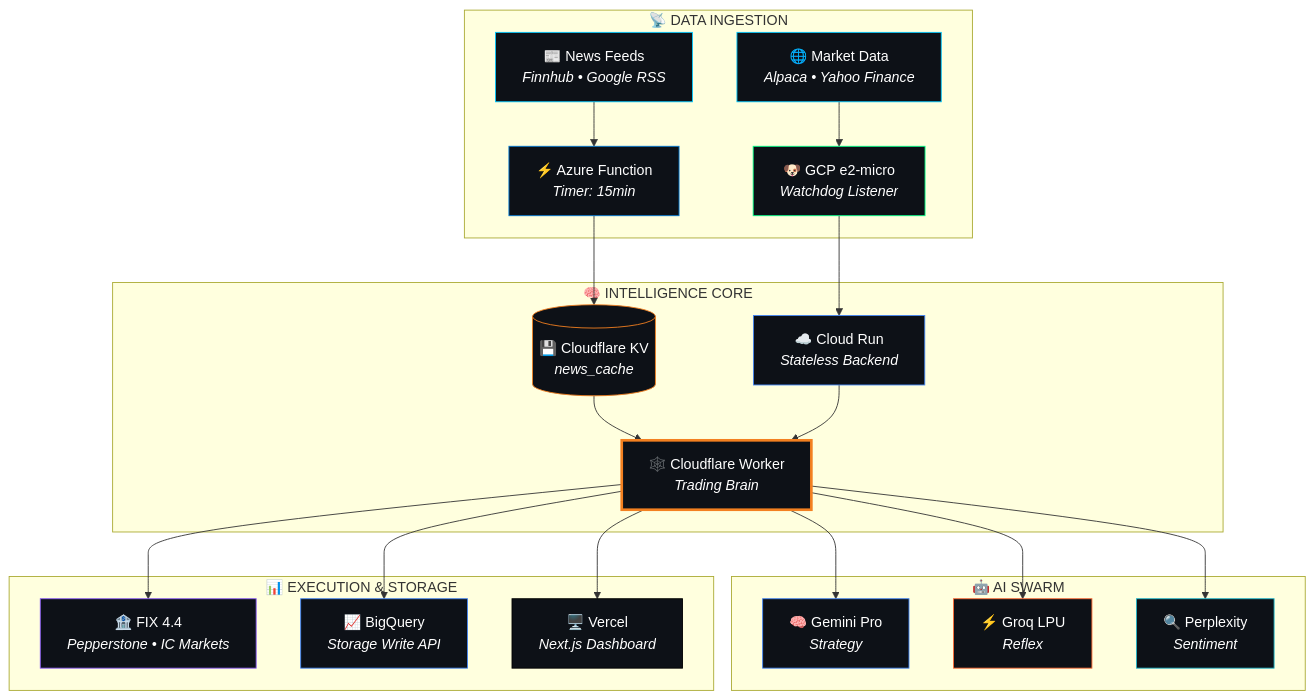
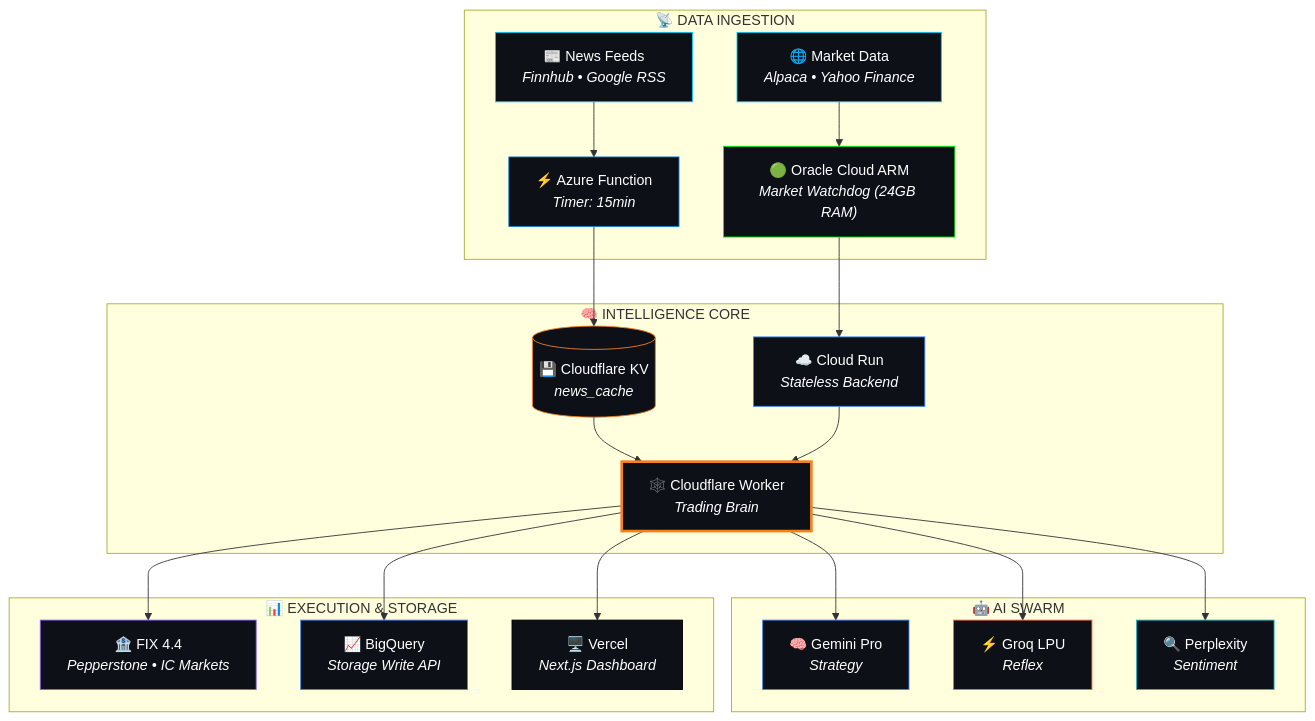
Before and after one commit to Moeabdelaziz007/AlphaAxiom: the diagram in README.md, drawn with Mermaid. The commit also changed other lines of this file and 1 other file, not shown here.

````diff
--- a/README.md
+++ b/README.md
@@ -65,40 +65,40 @@
 ```mermaid
 graph TD
     subgraph "📡 DATA INGESTION"
-        A["🌐 Market Data<br/><i>Alpaca • Yahoo Finance</i>"] --> B["🐶 GCP e2-micro<br/><i>Watchdog Listener</i>"]
+        A["🌐 Market Data<br/><i>Alpaca • Yahoo Finance</i>"] --> B["🟢 Oracle Cloud ARM<br/><i>Market Watchdog (24GB RAM)</i>"]
         C["📰 News Feeds<br/><i>Finnhub • Google RSS</i>"] --> D["⚡ Azure Function<br/><i>Timer: 15min</i>"]
     end
 
     subgraph "🧠 INTELLIGENCE CORE"
         B --> E["☁️ Cloud Run<br/><i>Stateless Backend</i>"]
         D --> F[("💾 Cloudflare KV<br/><i>news_cache</i>")]
         F --> G
         E --> G["🕸️ Cloudflare Worker<br/><i>Trading Brain</i>"]
     end
 
     subgraph "🤖 AI SWARM"
         G --> H["🧠 Gemini Pro<br/><i>Strategy</i>"]
         G --> I["⚡ Groq LPU<br/><i>Reflex</i>"]
         G --> J["🔍 Perplexity<br/><i>Sentiment</i>"]
     end
 
     subgraph "📊 EXECUTION & STORAGE"
         G --> K["🏦 FIX 4.4<br/><i>Pepperstone • IC Markets</i>"]
         G --> L["📈 BigQuery<br/><i>Storage Write API</i>"]
         G --> M["🖥️ Vercel<br/><i>Next.js Dashboard</i>"]
     end
 
     style A fill:#0d1117,stroke:#00C9FF,color:#fff
-    style B fill:#0d1117,stroke:#00FF87,color:#fff
+    style B fill:#0d1117,stroke:#00ff00,color:#fff
     style C fill:#0d1117,stroke:#00C9FF,color:#fff
     style D fill:#0d1117,stroke:#0078D4,color:#fff
     style E fill:#0d1117,stroke:#4285F4,color:#fff
     style F fill:#0d1117,stroke:#F38020,color:#fff
     style G fill:#0d1117,stroke:#F38020,color:#fff,stroke-width:3px
     style H fill:#0d1117,stroke:#4285F4,color:#fff
     style I fill:#0d1117,stroke:#FF6B35,color:#fff
     style J fill:#0d1117,stroke:#1FB8CD,color:#fff
     style K fill:#0d1117,stroke:#8B5CF6,color:#fff
     style L fill:#0d1117,stroke:#4285F4,color:#fff
     style M fill:#0d1117,stroke:#000,color:#fff
 ```
````
